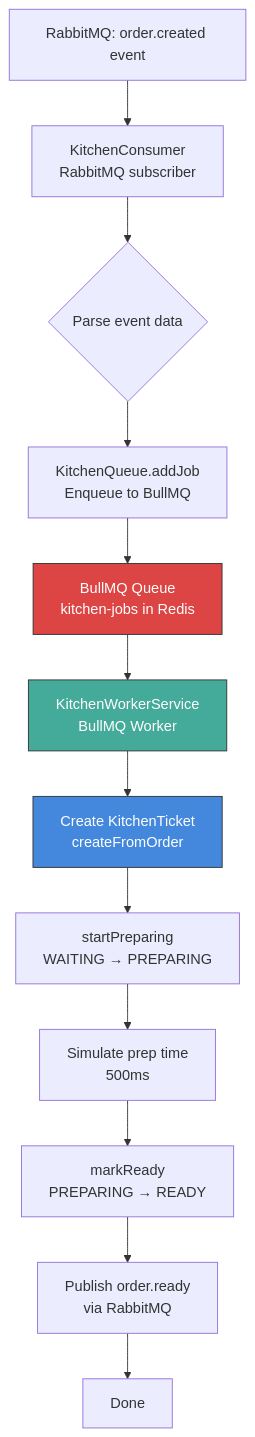
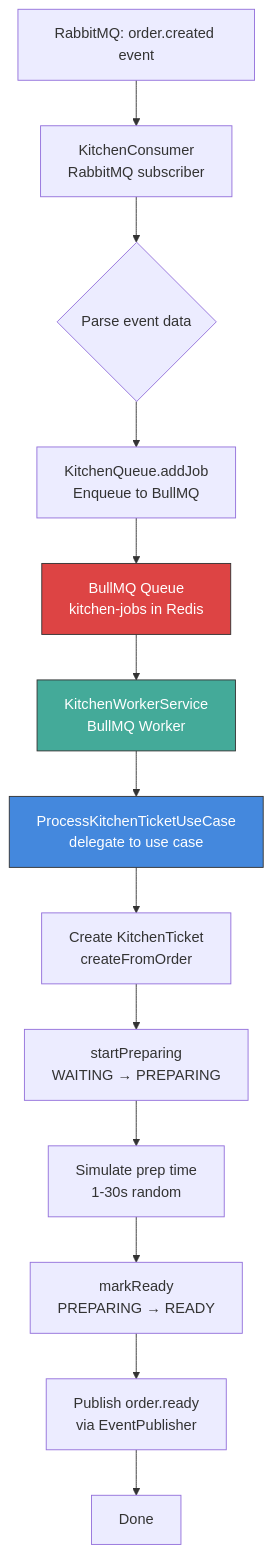
The third of 7 diagrams in docs/diagrams.md (felipersas/food-delivery-microservices), drawn with Mermaid before and after one commit. The commit also changed 2 other files, not shown here.

Commit message:
docs: add NestJS DI tokens guide and translate existing docs to English
- Created NESTJS-DI-TOKENS.md: comprehensive guide on useFactory, inject, @Inject()
- Translated DDD-TDD-GUIDE.md to English
- Translated diagrams.md to English

The new guide explains:
- Why TypeScript interfaces don't work as DI tokens
- String constants as recommended best practice
- Complete examples from the codebase
- Runtime flow diagrams
- Benefits of the token pattern

````diff
--- a/docs/diagrams.md
+++ b/docs/diagrams.md
@@ -108,21 +108,23 @@
 ```mermaid
 flowchart TD
     A[RabbitMQ: order.created event] --> B[KitchenConsumer<br/>RabbitMQ subscriber]
     B --> C{Parse event data}
     C --> D[KitchenQueue.addJob<br/>Enqueue to BullMQ]
     D --> E[BullMQ Queue<br/>kitchen-jobs in Redis]
 
     E --> F[KitchenWorkerService<br/>BullMQ Worker]
-    F --> G[Create KitchenTicket<br/>createFromOrder]
+    F --> G[ProcessKitchenTicketUseCase<br/>delegate to use case]
+    
+    G --> H[Create KitchenTicket<br/>createFromOrder]
 
-    G --> H[startPreparing<br/>WAITING → PREPARING]
-    H --> I[Simulate prep time<br/>500ms]
-    I --> J[markReady<br/>PREPARING → READY]
+    H --> I[startPreparing<br/>WAITING → PREPARING]
+    I --> J[Simulate prep time<br/>1-30s random]
+    J --> K[markReady<br/>PREPARING → READY]
 
-    J --> K[Publish order.ready<br/>via RabbitMQ]
-    K --> L[Done]
+    K --> L[Publish order.ready<br/>via EventPublisher]
+    L --> M[Done]
 
     style E fill:#d44,stroke:#333,color:#fff
     style F fill:#4a9,stroke:#333,color:#fff
     style G fill:#48d,stroke:#333,color:#fff
 ```
````
